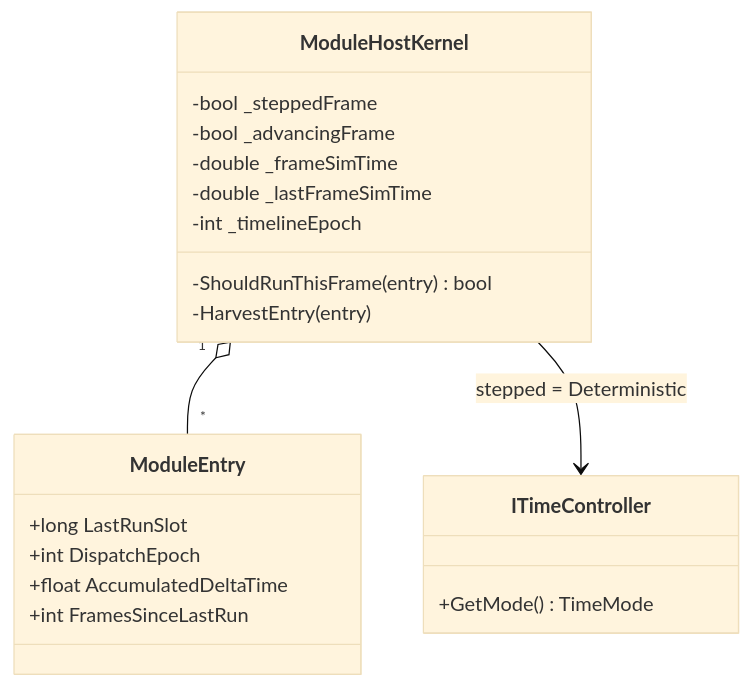
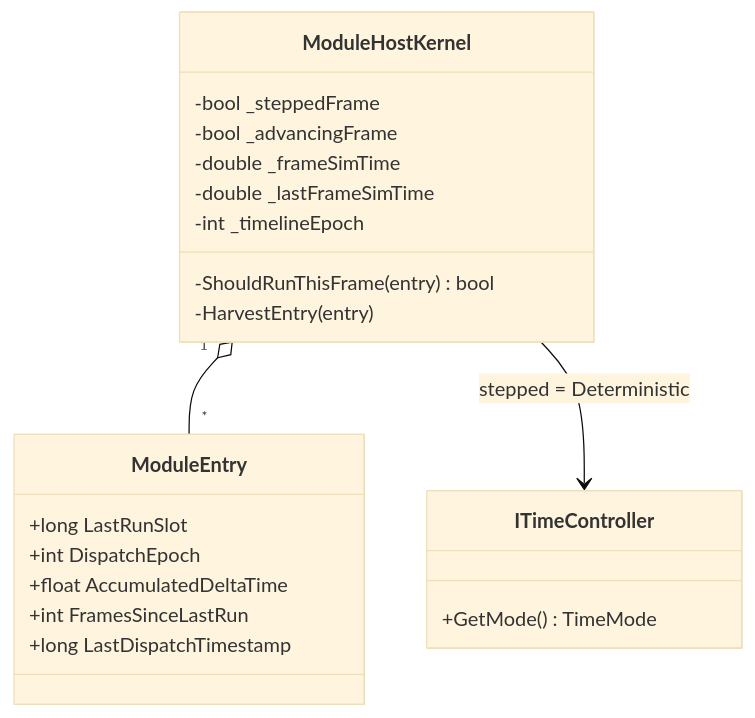
One commit to pjanec/HROT changed diagram 19 of 25 in docs/blueprints/DESIGN_Time_Architecture.md. Above: the diagram before and after it, drawn with Mermaid (base theme). The commit also changed other lines of this file and 8 other files, not shown here.

````diff
--- a/docs/blueprints/DESIGN_Time_Architecture.md
+++ b/docs/blueprints/DESIGN_Time_Architecture.md
@@ -1547,23 +1547,24 @@
 ```mermaid
 classDiagram
   class ModuleHostKernel {
     -bool _steppedFrame
     -bool _advancingFrame
     -double _frameSimTime
     -double _lastFrameSimTime
     -int _timelineEpoch
     -ShouldRunThisFrame(entry) bool
     -HarvestEntry(entry)
   }
   class ModuleEntry {
     +long LastRunSlot
     +int DispatchEpoch
     +float AccumulatedDeltaTime
     +int FramesSinceLastRun
+    +long LastDispatchTimestamp
   }
   ModuleHostKernel "1" o-- "*" ModuleEntry
   class ITimeController {
     +GetMode() TimeMode
   }
   ModuleHostKernel --> ITimeController : stepped = Deterministic
 ```
````
